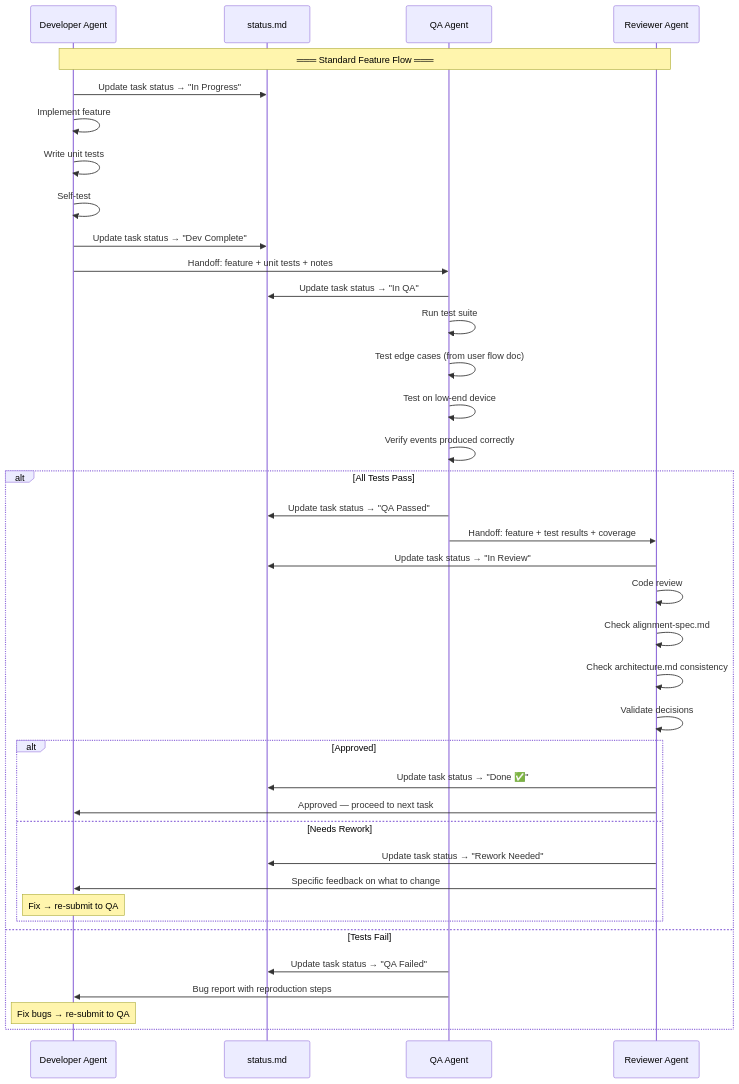
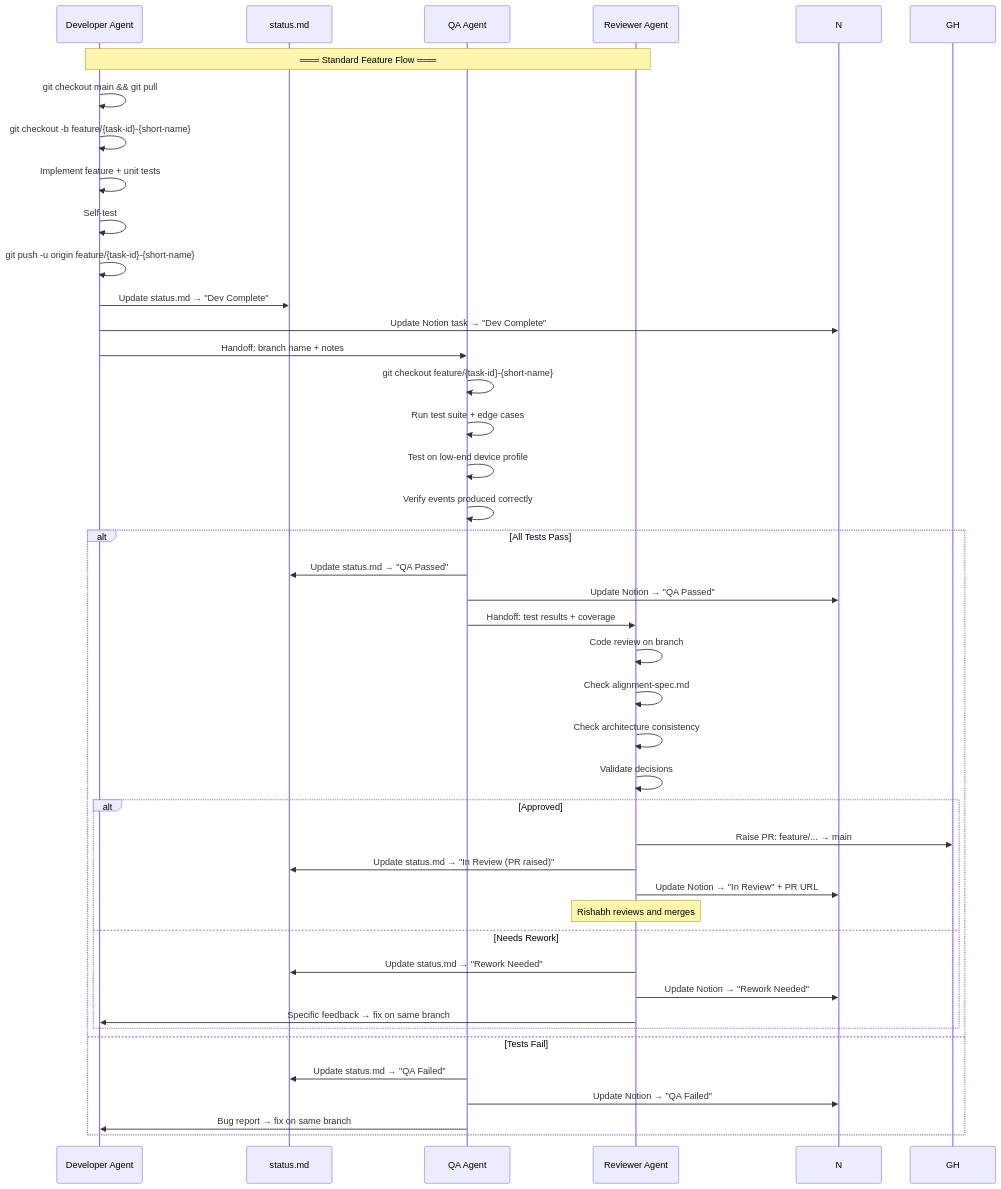
One commit to rishabhpreethan/roz-kamai changed the first of 2 diagrams in docs/agents.md. Above: the diagram before and after it, drawn with Mermaid. The commit also changed other lines of this file and 4 other files, not shown here.

First line of the commit message:
Add branch strategy and Notion update workflow to all agents

````diff
--- a/docs/agents.md
+++ b/docs/agents.md
@@ -88,47 +93,50 @@
 ```mermaid
 sequenceDiagram
     participant D as Developer Agent
     participant S as status.md
     participant Q as QA Agent
     participant R as Reviewer Agent
 
     Note over D,R: ═══ Standard Feature Flow ═══
 
-    D->>S: Update task status → "In Progress"
-    D->>D: Implement feature
-    D->>D: Write unit tests
+    D->>D: git checkout main && git pull
+    D->>D: git checkout -b feature/{task-id}-{short-name}
+    D->>D: Implement feature + unit tests
     D->>D: Self-test
-    D->>S: Update task status → "Dev Complete"
-    D->>Q: Handoff: feature + unit tests + notes
+    D->>D: git push -u origin feature/{task-id}-{short-name}
+    D->>S: Update status.md → "Dev Complete"
+    D->>N: Update Notion task → "Dev Complete"
+    D->>Q: Handoff: branch name + notes
 
-    Q->>S: Update task status → "In QA"
-    Q->>Q: Run test suite
-    Q->>Q: Test edge cases (from user flow doc)
-    Q->>Q: Test on low-end device
+    Q->>Q: git checkout feature/{task-id}-{short-name}
+    Q->>Q: Run test suite + edge cases
+    Q->>Q: Test on low-end device profile
     Q->>Q: Verify events produced correctly
 
     alt All Tests Pass
-        Q->>S: Update task status → "QA Passed"
-        Q->>R: Handoff: feature + test results + coverage
+        Q->>S: Update status.md → "QA Passed"
+        Q->>N: Update Notion → "QA Passed"
+        Q->>R: Handoff: test results + coverage
 
-        R->>S: Update task status → "In Review"
-        R->>R: Code review
+        R->>R: Code review on branch
         R->>R: Check alignment-spec.md
-        R->>R: Check architecture.md consistency
+        R->>R: Check architecture consistency
         R->>R: Validate decisions
 
         alt Approved
-            R->>S: Update task status → "Done ✅"
-            R->>D: Approved — proceed to next task
+            R->>GH: Raise PR: feature/... → main
+            R->>S: Update status.md → "In Review (PR raised)"
+            R->>N: Update Notion → "In Review" + PR URL
+            Note over R: Rishabh reviews and merges
         else Needs Rework
-            R->>S: Update task status → "Rework Needed"
-            R->>D: Specific feedback on what to change
-            Note over D: Fix → re-submit to QA
+            R->>S: Update status.md → "Rework Needed"
+            R->>N: Update Notion → "Rework Needed"
+            R->>D: Specific feedback → fix on same branch
         end
 
     else Tests Fail
-        Q->>S: Update task status → "QA Failed"
-        Q->>D: Bug report with reproduction steps
-        Note over D: Fix bugs → re-submit to QA
+        Q->>S: Update status.md → "QA Failed"
+        Q->>N: Update Notion → "QA Failed"
+        Q->>D: Bug report → fix on same branch
     end
 ```
````
